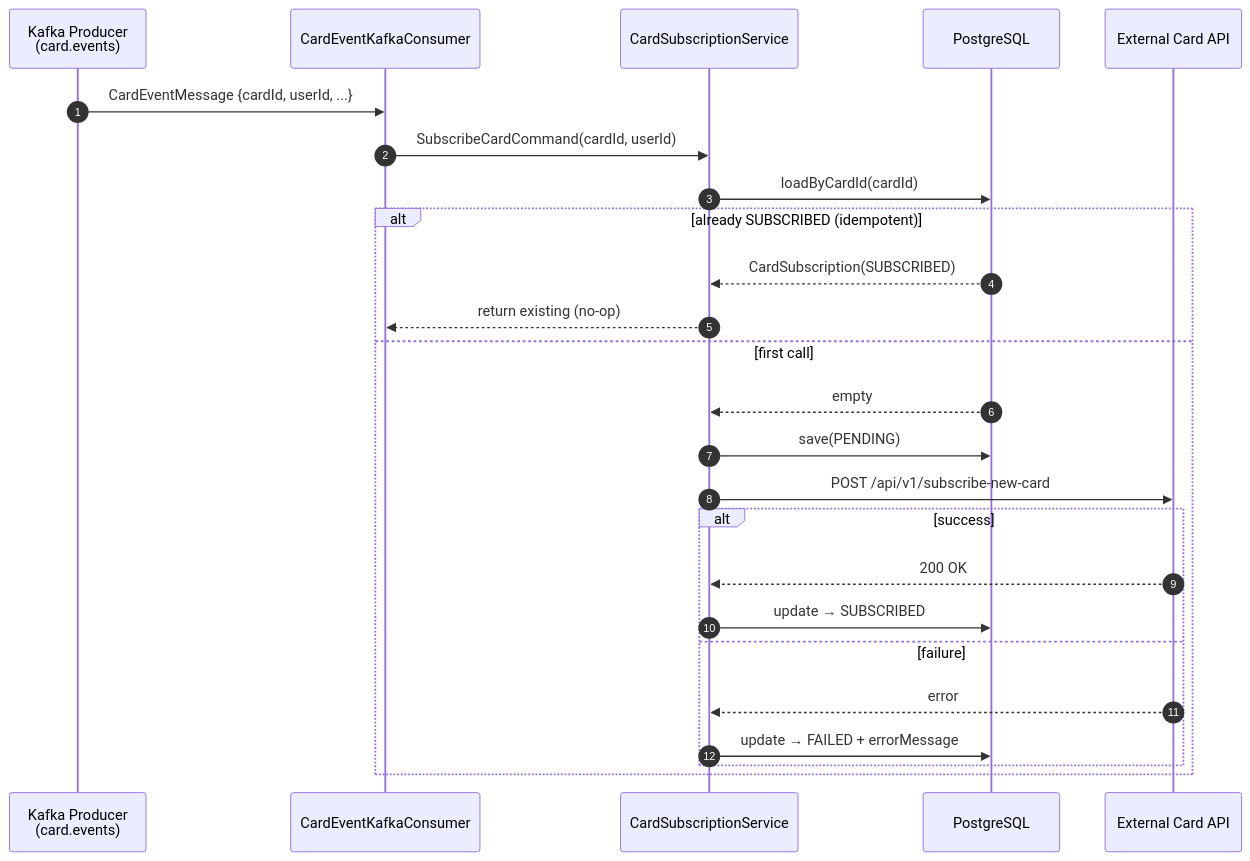
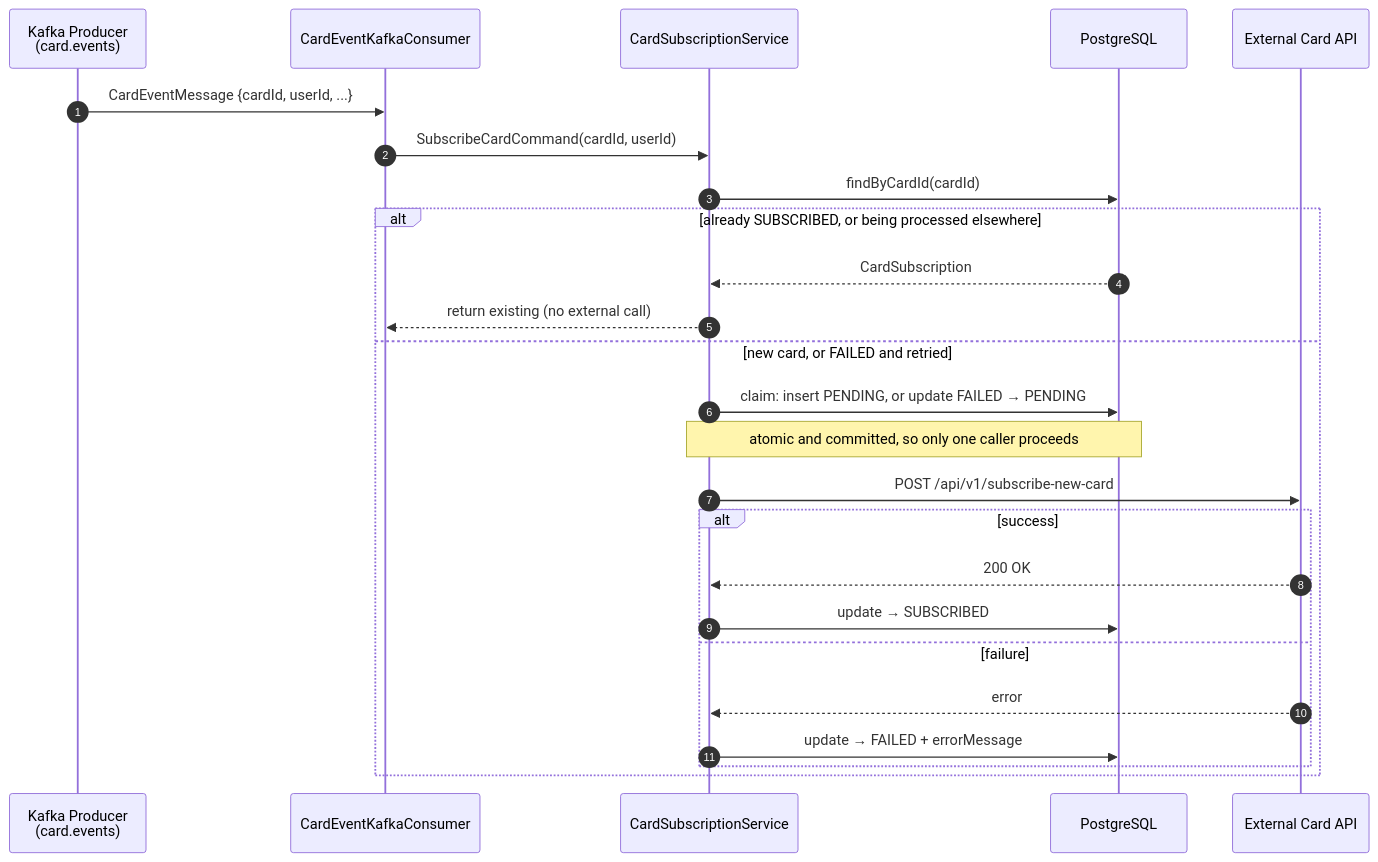
One commit to M-Touiti/card-subscription-service changed the second of 3 diagrams in README.md. Above: the diagram before and after it, drawn with Mermaid. The commit also changed other lines of this file, not shown here.

````diff
--- a/README.md
+++ b/README.md
@@ -126,29 +158,29 @@
 ```mermaid
 sequenceDiagram
     autonumber
     participant KP as Kafka Producer<br/>(card.events)
     participant CON as CardEventKafkaConsumer
     participant SVC as CardSubscriptionService
     participant DB as PostgreSQL
     participant EXT as External Card API
 
     KP->>CON: CardEventMessage {cardId, userId, ...}
     CON->>SVC: SubscribeCardCommand(cardId, userId)
 
-    SVC->>DB: loadByCardId(cardId)
-    alt already SUBSCRIBED (idempotent)
-        DB-->>SVC: CardSubscription(SUBSCRIBED)
-        SVC-->>CON: return existing (no-op)
-    else first call
-        DB-->>SVC: empty
-        SVC->>DB: save(PENDING)
+    SVC->>DB: findByCardId(cardId)
+    alt already SUBSCRIBED, or being processed elsewhere
+        DB-->>SVC: CardSubscription
+        SVC-->>CON: return existing (no external call)
+    else new card, or FAILED and retried
+        SVC->>DB: claim: insert PENDING, or update FAILED → PENDING
+        Note over SVC,DB: atomic and committed, so only one caller proceeds
         SVC->>EXT: POST /api/v1/subscribe-new-card
         alt success
             EXT-->>SVC: 200 OK
             SVC->>DB: update → SUBSCRIBED
         else failure
             EXT-->>SVC: error
             SVC->>DB: update → FAILED + errorMessage
         end
     end
 ```
````
